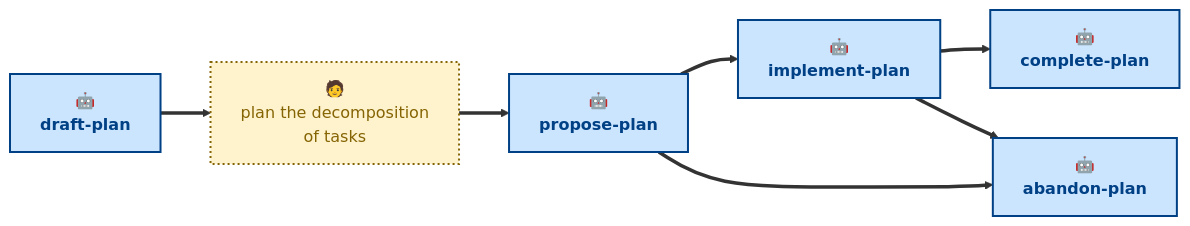
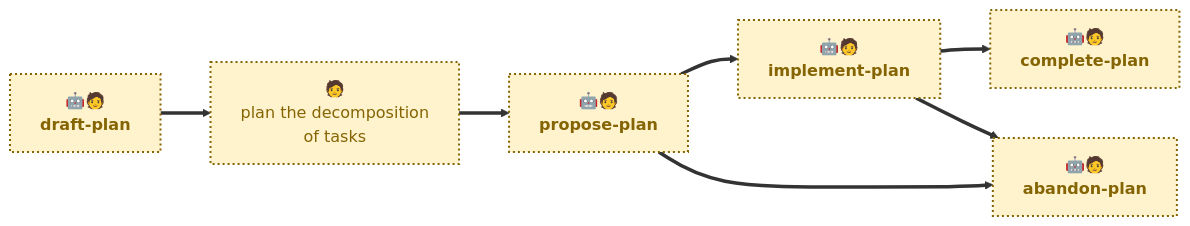
The diagram in .agents/skills/README.md (kieranpotts/plans), drawn with Mermaid before and after one commit. The commit also changed other lines of this file and 10 other files, not shown here.

````diff
--- a/.agents/skills/README.md
+++ b/.agents/skills/README.md
@@ -32,20 +38,20 @@
 ```mermaid
 flowchart LR
-  draft["🤖<br/><b>draft-plan</b>"]:::agentic
+  draft["🤖🧑<br/><b>draft-plan</b>"]:::anthropic
   write["🧑<br/>plan the decomposition<br/>of tasks"]:::anthropic
-  propose["🤖<br/><b>propose-plan</b>"]:::agentic
-  implement["🤖<br/><b>implement-plan</b>"]:::agentic
-  complete["🤖<br/><b>complete-plan</b>"]:::agentic
-  abandon["🤖<br/><b>abandon-plan</b>"]:::agentic
+  propose["🤖🧑<br/><b>propose-plan</b>"]:::anthropic
+  implement["🤖🧑<br/><b>implement-plan</b>"]:::anthropic
+  complete["🤖🧑<br/><b>complete-plan</b>"]:::anthropic
+  abandon["🤖🧑<br/><b>abandon-plan</b>"]:::anthropic
 
   draft ==> write
   write ==> propose
   propose ==> implement
   implement ==> complete
   propose ==> abandon
   implement ==> abandon
 
   classDef agentic fill:#cce5ff,stroke:#004085,color:#004085,stroke-width:2px
   classDef scripted fill:#e2e3e5,stroke:#4b5157,color:#383d41,stroke-width:2px
   classDef anthropic fill:#fff3cd,stroke:#856404,color:#856404,stroke-width:2px,stroke-dasharray:2 3
 ```
````
